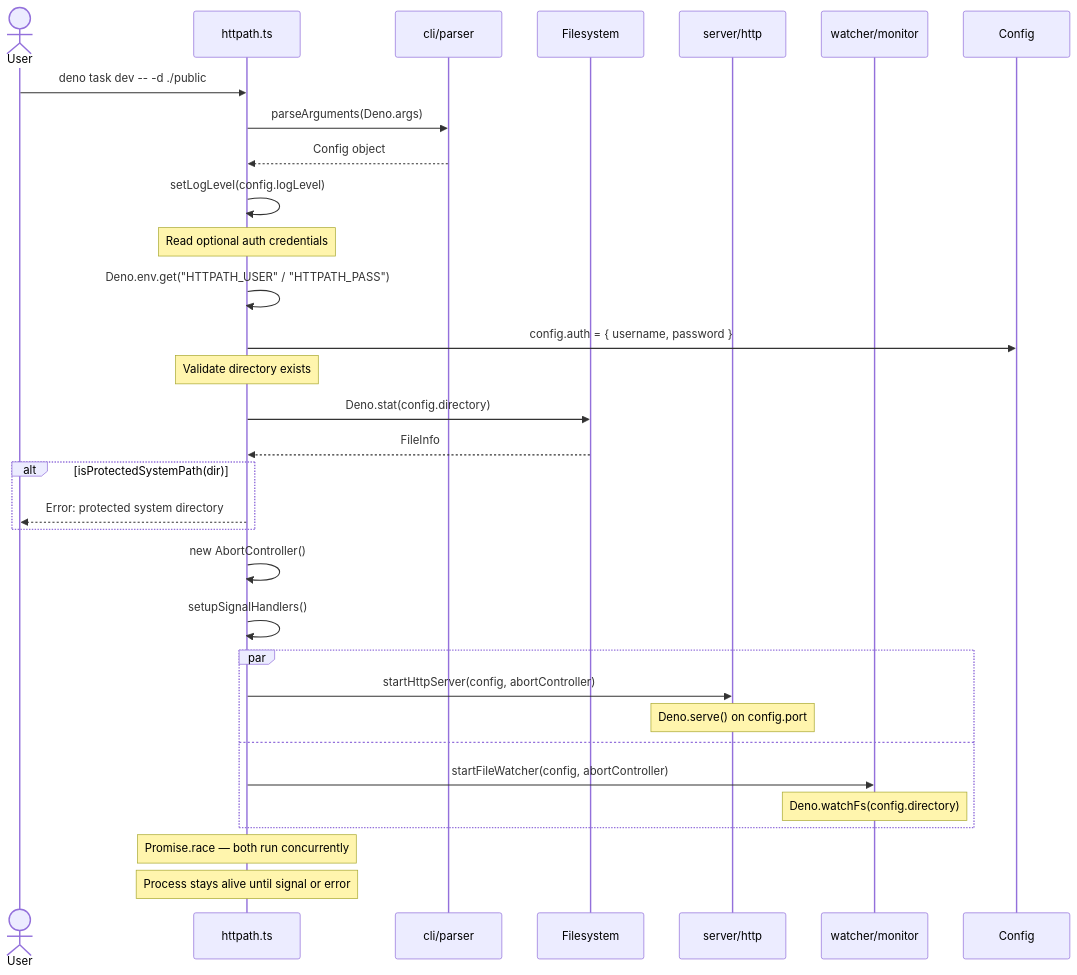
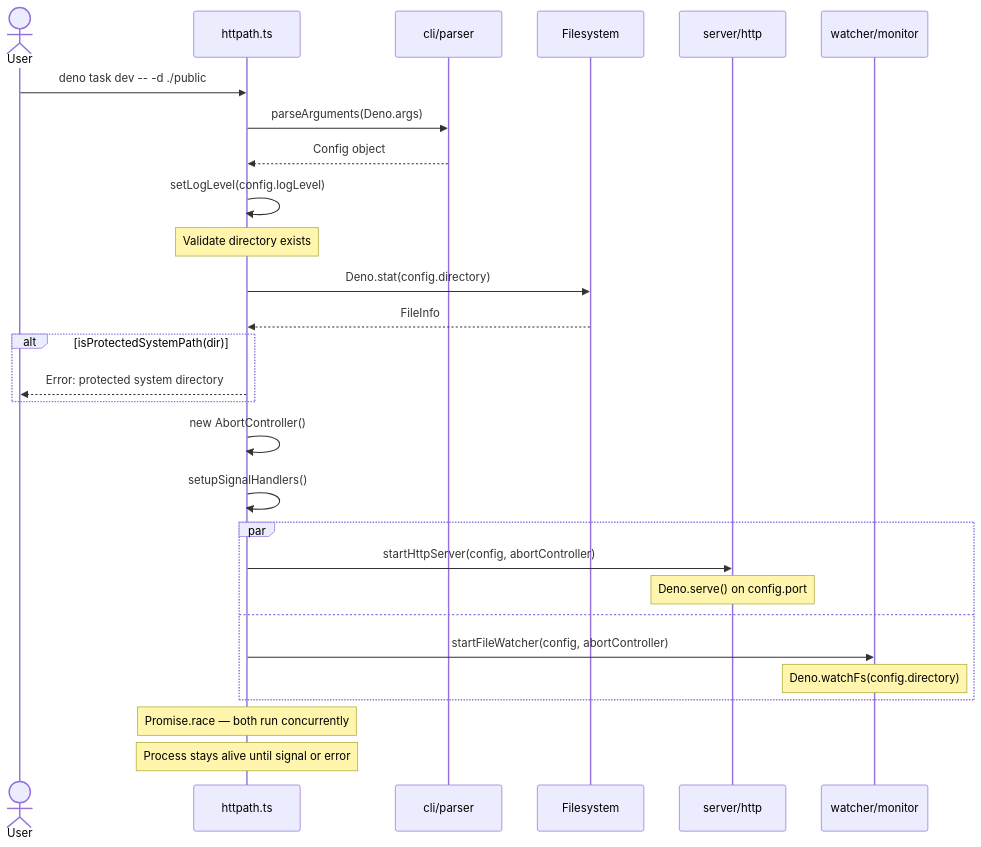
The second of 7 diagrams in docs/architecture.md (MetalbolicX/httpath), drawn with Mermaid before and after one commit. The commit also changed other lines of this file and 21 other files, not shown here.

````diff
--- a/docs/architecture.md
+++ b/docs/architecture.md
@@ -90,40 +90,36 @@
 ```mermaid
 sequenceDiagram
     actor User
     participant Main as httpath.ts
     participant CLI as cli/parser
     participant FS as Filesystem
     participant Server as server/http
     participant Watcher as watcher/monitor
 
     User->>Main: deno task dev -- -d ./public
     Main->>CLI: parseArguments(Deno.args)
     CLI-->>Main: Config object
     Main->>Main: setLogLevel(config.logLevel)
-
-    Note over Main: Read optional auth credentials
-    Main->>Main: Deno.env.get("HTTPATH_USER" / "HTTPATH_PASS")
-    Main->>Config: config.auth = { username, password }
 
     Note over Main: Validate directory exists
     Main->>FS: Deno.stat(config.directory)
     FS-->>Main: FileInfo
 
     alt isProtectedSystemPath(dir)
         Main-->>User: Error: protected system directory
     end
 
     Main->>Main: new AbortController()
     Main->>Main: setupSignalHandlers()
 
     par
         Main->>Server: startHttpServer(config, abortController)
         Note over Server: Deno.serve() on config.port
     and
         Main->>Watcher: startFileWatcher(config, abortController)
         Note over Watcher: Deno.watchFs(config.directory)
     end
 
     Note over Main: Promise.race — both run concurrently
     Note over Main: Process stays alive until signal or error
 ```
````
